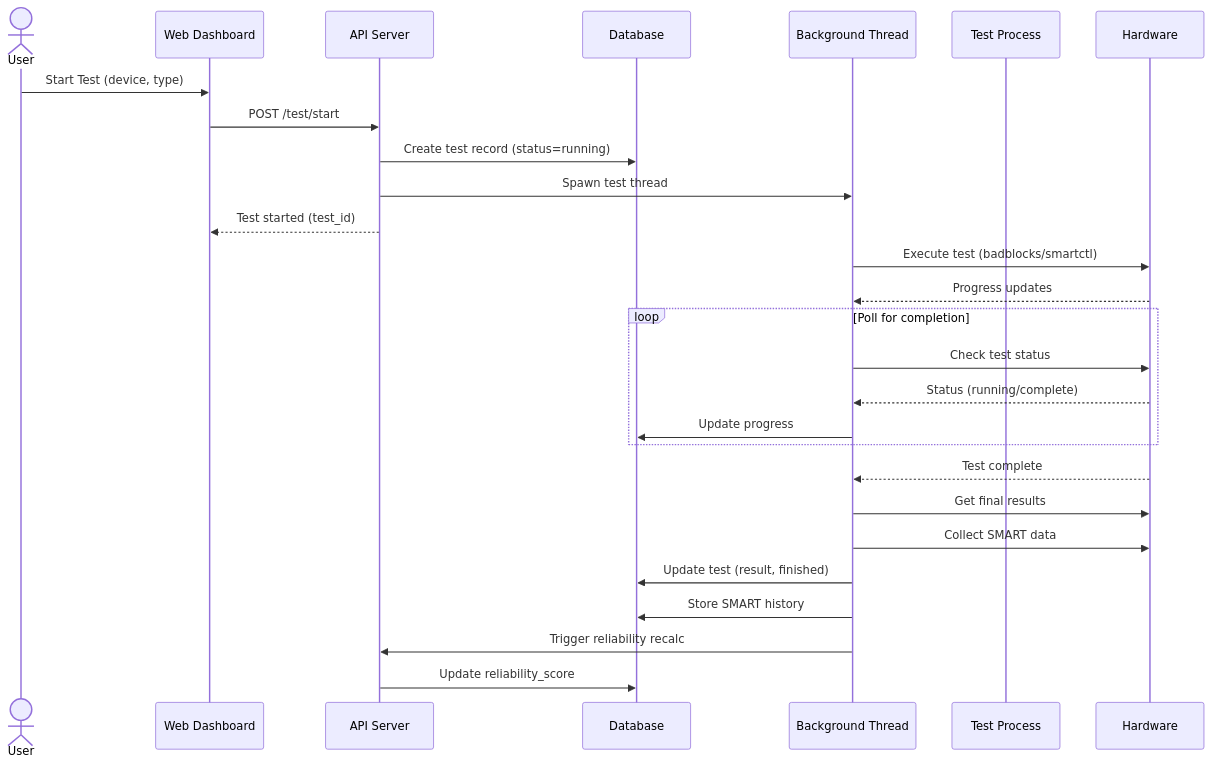
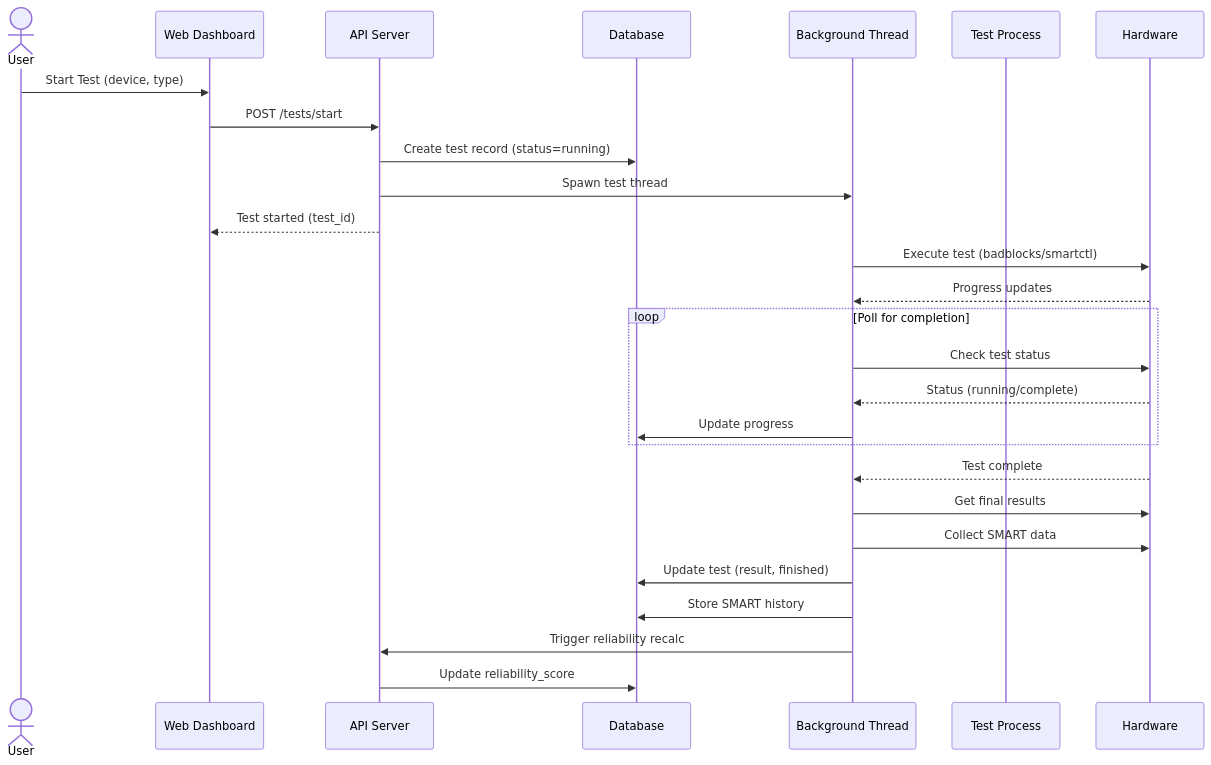
Before and after one commit to jwcrowley/burnie: the fourth of 11 diagrams in ARCHITECTURE.md, drawn with Mermaid. The commit also changed 1 other file, not shown here.

Commit message:
Fix API endpoints in documentation to match actual code
- /attached → /system/available-disks
- POST /test/start → POST /tests/start
- POST /test/kill/{id} → POST /tests/{test_id}/kill
- GET /tests/cleanup → POST /tests/cleanup
- Remove fake /disk/register and /disk/update endpoints
- Update curl examples and sequence diagrams
- Add missing endpoints actually present in code

````diff
--- a/ARCHITECTURE.md
+++ b/ARCHITECTURE.md
@@ -171,33 +171,33 @@
 ```mermaid
 sequenceDiagram
     actor User
     participant UI as Web Dashboard
     participant API as API Server
     participant DB as Database
     participant BG as Background Thread
     participant TST as Test Process
     participant HW as Hardware
 
     User->>UI: Start Test (device, type)
-    UI->>API: POST /test/start
+    UI->>API: POST /tests/start
     API->>DB: Create test record (status=running)
     API->>BG: Spawn test thread
     API-->>UI: Test started (test_id)
 
     BG->>HW: Execute test (badblocks/smartctl)
     HW-->>BG: Progress updates
 
     loop Poll for completion
         BG->>HW: Check test status
         HW-->>BG: Status (running/complete)
         BG->>DB: Update progress
     end
 
     HW-->>BG: Test complete
     BG->>HW: Get final results
     BG->>HW: Collect SMART data
     BG->>DB: Update test (result, finished)
     BG->>DB: Store SMART history
     BG->>API: Trigger reliability recalc
     API->>DB: Update reliability_score
 ```
````
